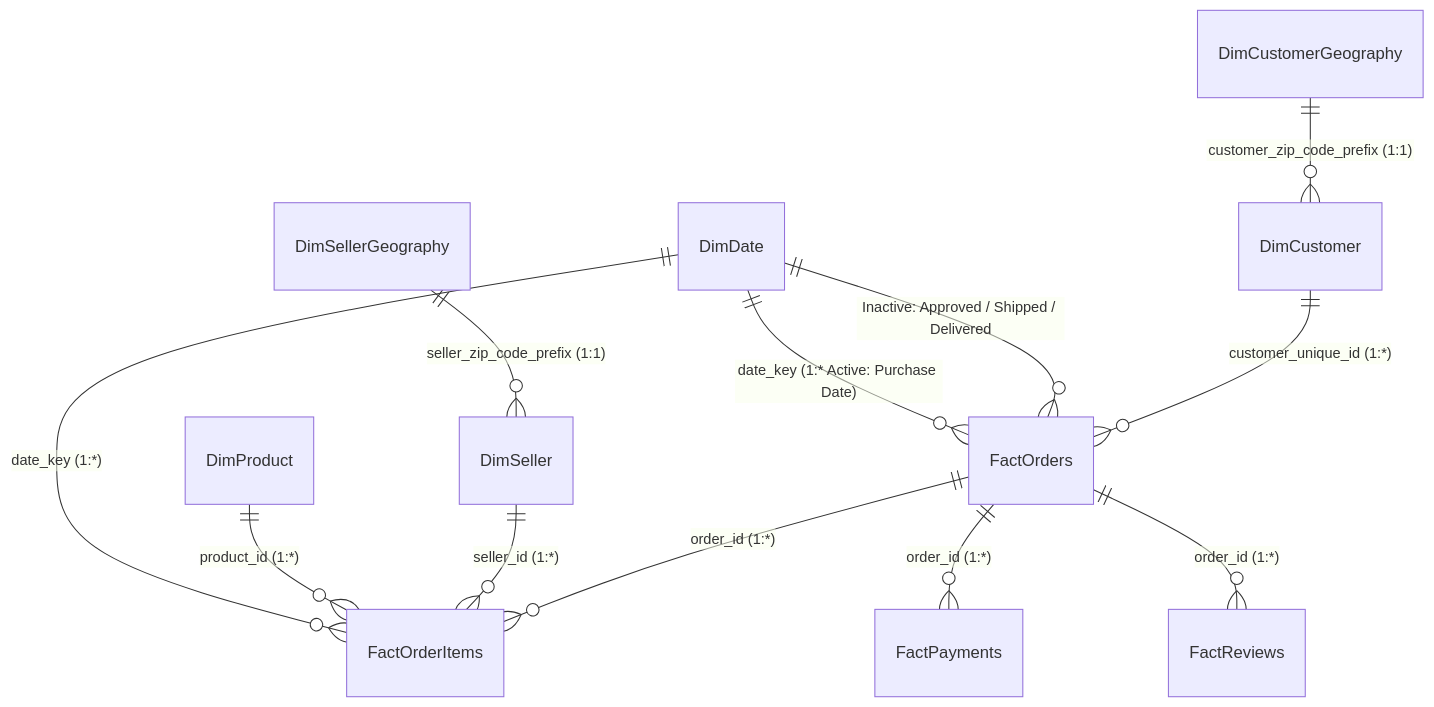
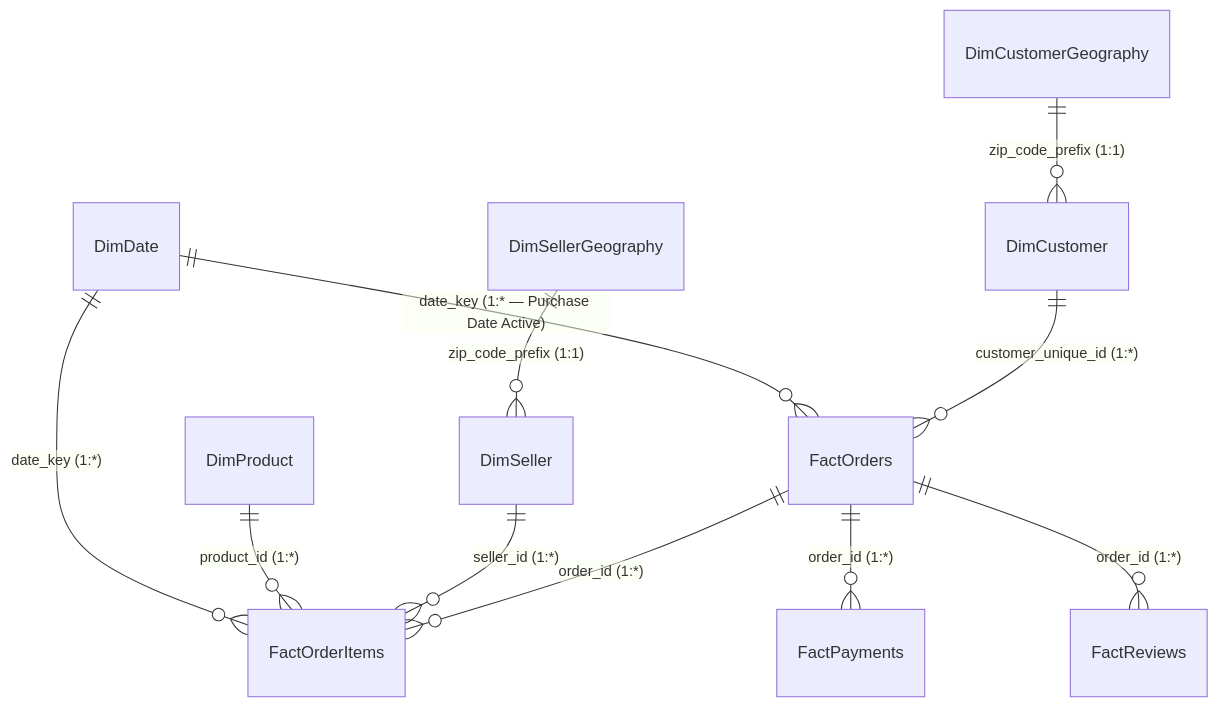
The diagram in README.md (rohitkumarnaidu/Enterprise-E-Commerce-Operations-and-Customer-Experience-Control-Tower), drawn with Mermaid before and after one commit. The commit also changed other lines of this file and 1 other file, not shown here.

Commit message:
Upgrade README and learning_guide: complete 25 interview Q&A, Phase 12-13 checklists, project lifecycle summary, and professional portfolio README with badges and architecture

````diff
--- a/README.md
+++ b/README.md
@@ -30,14 +119,13 @@
 ```mermaid
 erDiagram
-    DimDate ||--o{ FactOrders : "date_key (1:* Active: Purchase Date)"
-    DimDate ||--o{ FactOrders : "Inactive: Approved / Shipped / Delivered"
+    DimDate ||--o{ FactOrders : "date_key (1:* — Purchase Date Active)"
     DimDate ||--o{ FactOrderItems : "date_key (1:*)"
     DimCustomer ||--o{ FactOrders : "customer_unique_id (1:*)"
     DimProduct ||--o{ FactOrderItems : "product_id (1:*)"
     DimSeller ||--o{ FactOrderItems : "seller_id (1:*)"
-    DimCustomerGeography ||--o{ DimCustomer : "customer_zip_code_prefix (1:1)"
-    DimSellerGeography ||--o{ DimSeller : "seller_zip_code_prefix (1:1)"
+    DimCustomerGeography ||--o{ DimCustomer : "zip_code_prefix (1:1)"
+    DimSellerGeography ||--o{ DimSeller : "zip_code_prefix (1:1)"
     FactOrders ||--o{ FactOrderItems : "order_id (1:*)"
     FactOrders ||--o{ FactPayments : "order_id (1:*)"
     FactOrders ||--o{ FactReviews : "order_id (1:*)"
 ```
````
